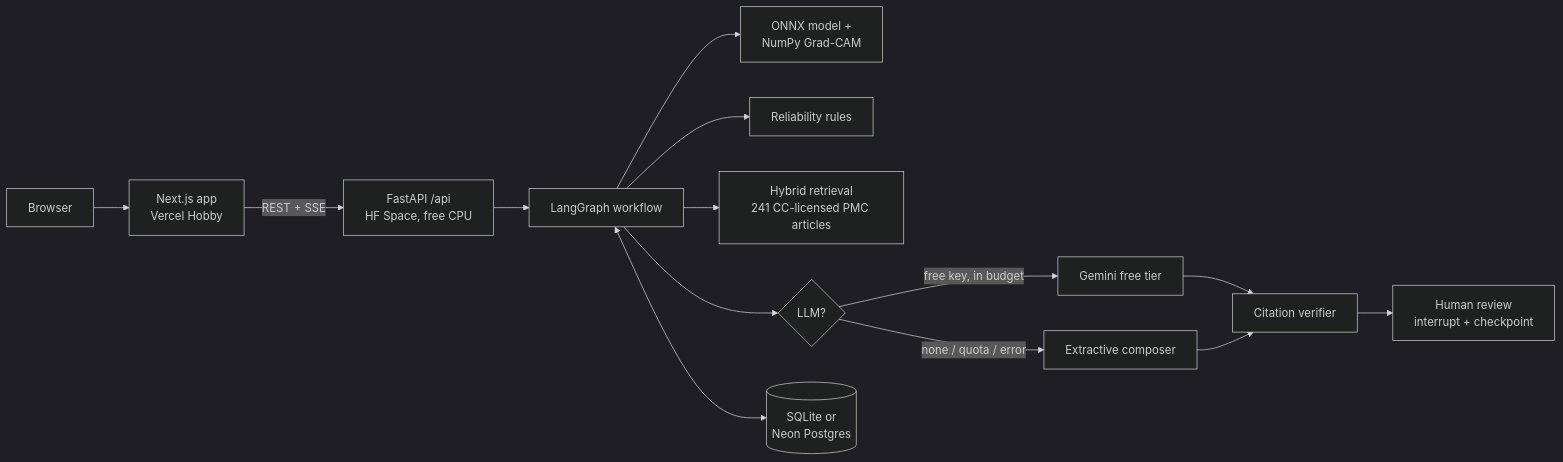
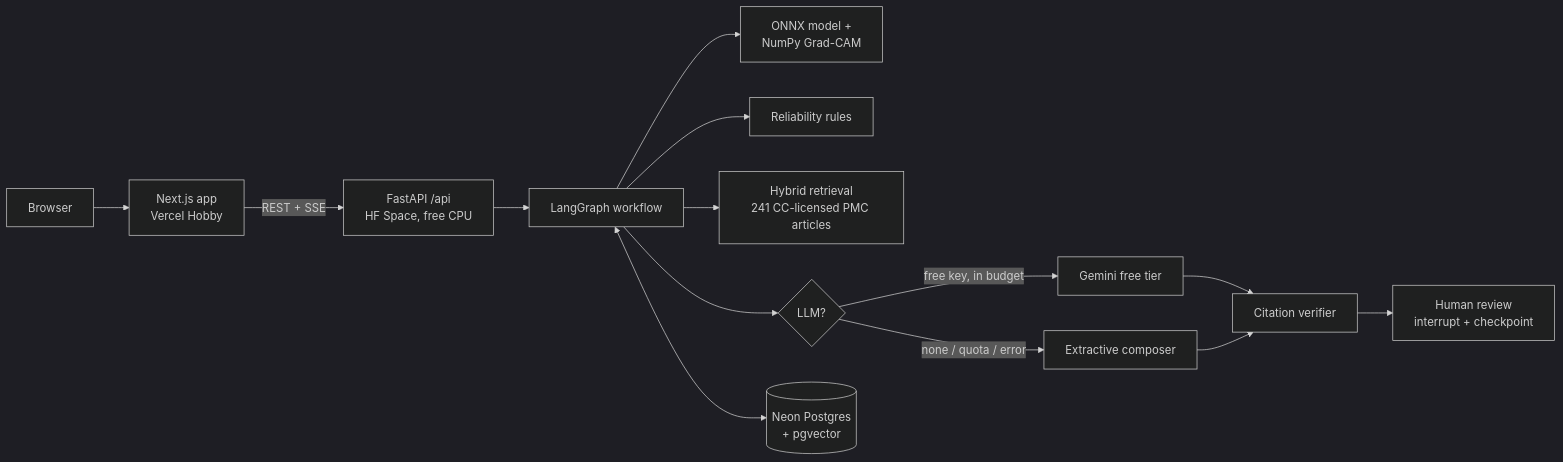
One commit to Udit013/Brain_Tumor_Classificatioin changed the diagram in README.md. Above: the diagram before and after it, drawn with Mermaid (dark theme). The commit also changed other lines of this file and 25 other files, not shown here.

````diff
--- a/README.md
+++ b/README.md
@@ -36,16 +36,16 @@
 ```mermaid
 flowchart LR
     B[Browser] --> W[Next.js app<br/>Vercel Hobby]
     W -- REST + SSE --> A[FastAPI /api<br/>HF Space, free CPU]
     A --> G[LangGraph workflow]
     G --> V[ONNX model +<br/>NumPy Grad-CAM]
     G --> R[Reliability rules]
     G --> Q[Hybrid retrieval<br/>241 CC-licensed PMC articles]
     G --> L{LLM?}
     L -- free key, in budget --> GM[Gemini free tier]
     L -- none / quota / error --> X[Extractive composer]
     GM --> VF[Citation verifier]
     X --> VF
     VF --> H[Human review<br/>interrupt + checkpoint]
-    G <--> DB[(SQLite or<br/>Neon Postgres)]
+    G <--> DB[(Neon Postgres<br/>+ pgvector)]
 ```
````
